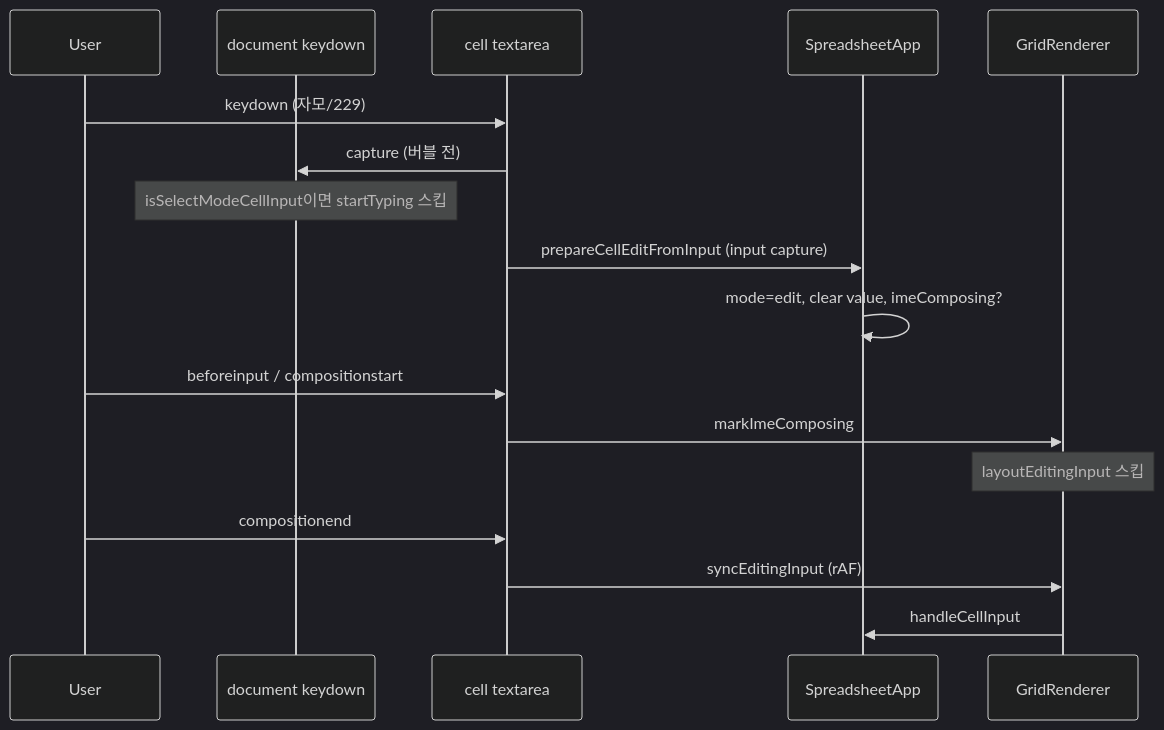
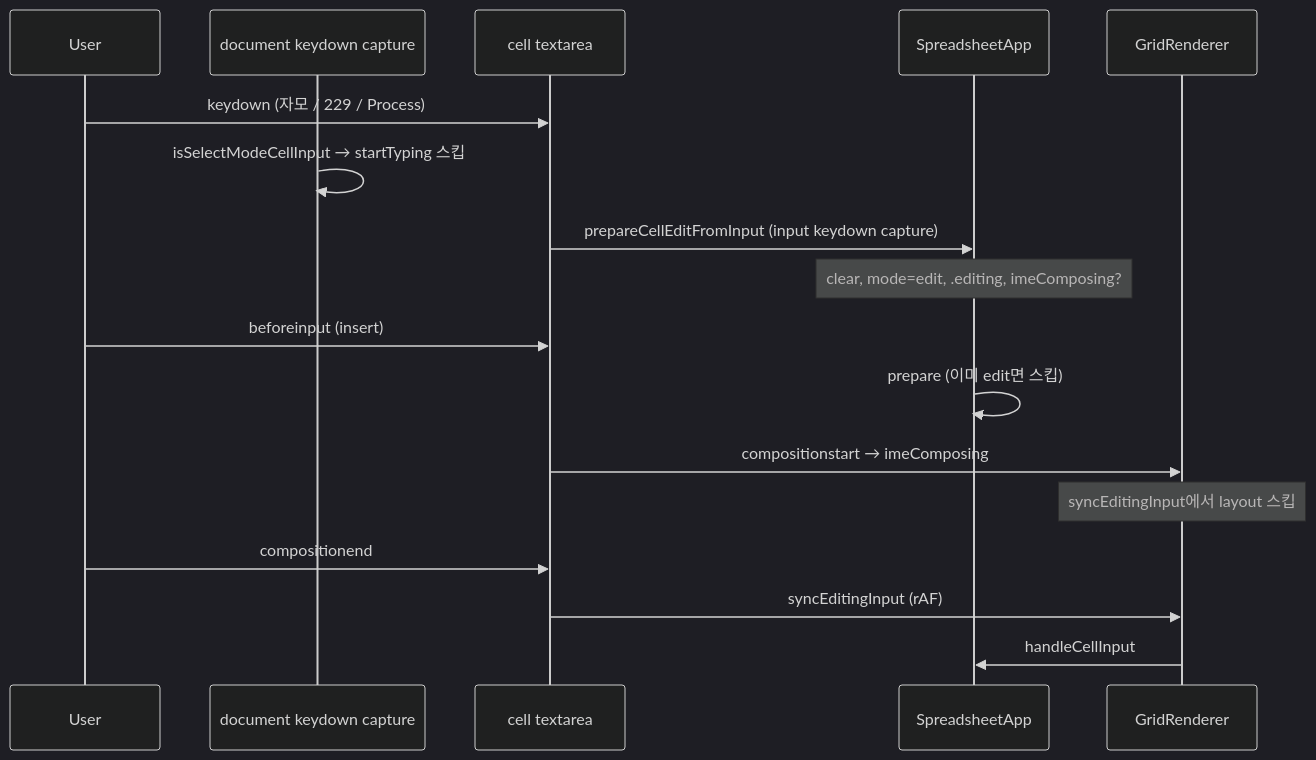
Before and after one commit to nuuco/mini-spread-sheet: the diagram in docs/TROUBLESHOOTING_KOREAN_IME.md, drawn with Mermaid (dark theme). The commit also changed other lines of this file and 2 other files, not shown here.

Commit message:
한글 IME 트러블슈팅 문서 업데이트: 코드 대조 및 이벤트 순서에 대한 해결 방법을 최신화하여 문서 내용을 개선했습니다. AGENTS.md에 변경 사항 반영.

````diff
--- a/docs/TROUBLESHOOTING_KOREAN_IME.md
+++ b/docs/TROUBLESHOOTING_KOREAN_IME.md
@@ -128,20 +136,20 @@
 ```mermaid
 sequenceDiagram
   participant User
-  participant Doc as document keydown
+  participant Doc as document keydown capture
   participant Input as cell textarea
   participant App as SpreadsheetApp
   participant GR as GridRenderer
 
-  User->>Input: keydown (자모/229)
-  Input->>Doc: capture (버블 전)
-  Note over Doc: isSelectModeCellInput이면 startTyping 스킵
-  Input->>App: prepareCellEditFromInput (input capture)
-  App->>App: mode=edit, clear value, imeComposing?
-  User->>Input: beforeinput / compositionstart
-  Input->>GR: markImeComposing
-  Note over GR: layoutEditingInput 스킵
+  User->>Input: keydown (자모 / 229 / Process)
+  Doc->>Doc: isSelectModeCellInput → startTyping 스킵
+  Input->>App: prepareCellEditFromInput (input keydown capture)
+  Note over App: clear, mode=edit, .editing, imeComposing?
+  User->>Input: beforeinput (insert)
+  App->>App: prepare (이미 edit면 스킵)
+  Input->>GR: compositionstart → imeComposing
+  Note over GR: syncEditingInput에서 layout 스킵
   User->>Input: compositionend
   Input->>GR: syncEditingInput (rAF)
   GR->>App: handleCellInput
 ```
````
